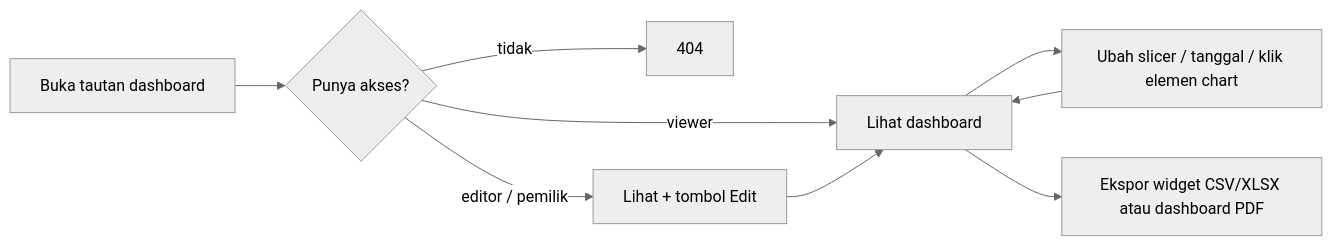
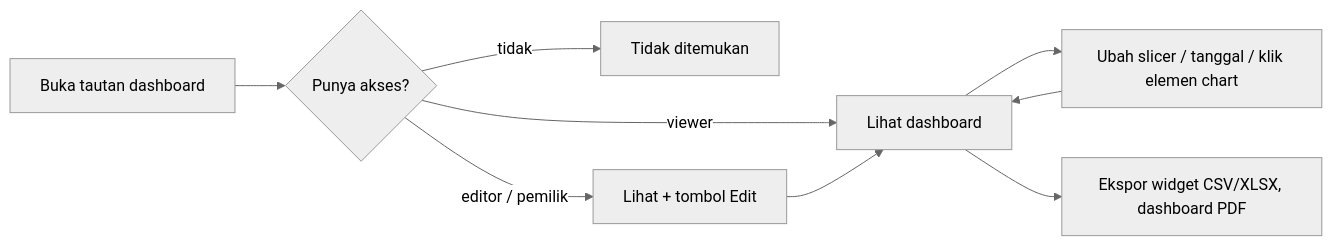
Before and after one commit to anas-fikri/data-dashboard: the third of 9 diagrams in docs/flow-kerja.md, drawn with Mermaid (neutral theme). The commit also changed other lines of this file and 53 other files, not shown here.

First line of the commit message:
docs: revisi 3 flow kerja + 24 task hasil review adversarial

````diff
--- a/docs/flow-kerja.md
+++ b/docs/flow-kerja.md
@@ -68,11 +70,11 @@
 ```mermaid
 flowchart LR
   O["Buka tautan dashboard"] --> A{"Punya akses?"}
-  A -->|tidak| N["404"]
+  A -->|tidak| N["Tidak ditemukan"]
   A -->|viewer| VW["Lihat dashboard"]
   A -->|editor / pemilik| ED["Lihat + tombol Edit"]
   VW --> FI["Ubah slicer / tanggal / klik elemen chart"]
   FI --> VW
-  VW --> EX["Ekspor widget CSV/XLSX atau dashboard PDF"]
+  VW --> EX["Ekspor widget CSV/XLSX, dashboard PDF"]
   ED --> VW
 ```
````
